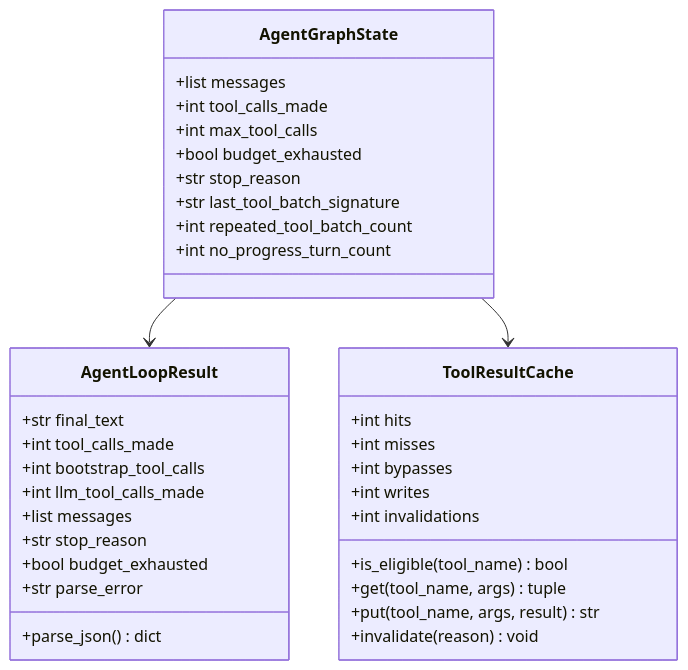
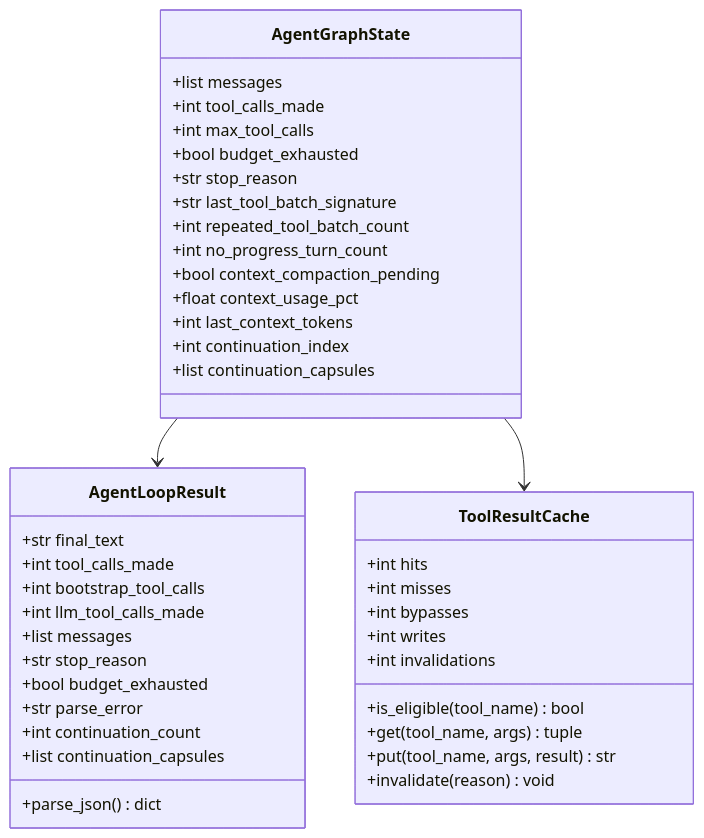
The third of 5 diagrams in docs/system/langchain-langgraph.md (arfaouiahmed1/Open-Web-Catcher), drawn with Mermaid before and after one commit. The commit also changed other lines of this file and 56 other files, not shown here.

Commit message:
Fix Mermaid diagrams in active and legacy docs

````diff
--- a/docs/system/langchain-langgraph.md
+++ b/docs/system/langchain-langgraph.md
@@ -126,40 +151,47 @@
 ```mermaid
 classDiagram
   class AgentGraphState {
     +list messages
     +int tool_calls_made
     +int max_tool_calls
     +bool budget_exhausted
     +str stop_reason
     +str last_tool_batch_signature
     +int repeated_tool_batch_count
     +int no_progress_turn_count
+    +bool context_compaction_pending
+    +float context_usage_pct
+    +int last_context_tokens
+    +int continuation_index
+    +list continuation_capsules
   }
 
   class AgentLoopResult {
     +str final_text
     +int tool_calls_made
     +int bootstrap_tool_calls
     +int llm_tool_calls_made
     +list messages
     +str stop_reason
     +bool budget_exhausted
     +str parse_error
+    +int continuation_count
+    +list continuation_capsules
     +parse_json() dict
   }
 
   class ToolResultCache {
     +int hits
     +int misses
     +int bypasses
     +int writes
     +int invalidations
     +is_eligible(tool_name) bool
     +get(tool_name, args) tuple
     +put(tool_name, args, result) str
     +invalidate(reason) void
   }
 
   AgentGraphState --> AgentLoopResult
   AgentGraphState --> ToolResultCache
 ```
````
